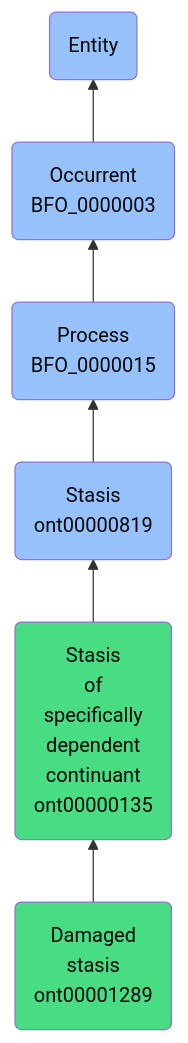
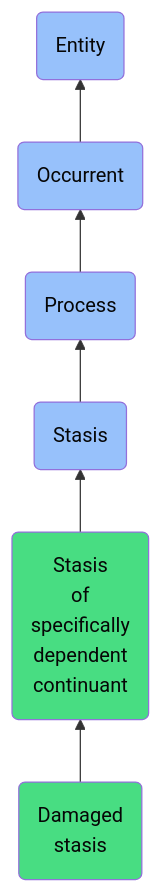
One commit to jupyter-naas/abi changed the diagram in docs/ontology/reference/model/Entity/Occurrent/Process/Stasis/Stasis of specifically dependent continuant/Damaged stasis/Damaged stasis.md. Above: the diagram before and after it, drawn with Mermaid. The commit also changed other lines of this file and 1430 other files, not shown here.

````diff
--- a/docs/ontology/reference/model/Entity/Occurrent/Process/Stasis/Stasis of specifically dependent continuant/Damaged stasis/Damaged stasis.md
+++ b/docs/ontology/reference/model/Entity/Occurrent/Process/Stasis/Stasis of specifically dependent continuant/Damaged stasis/Damaged stasis.md
@@ -26,13 +26,13 @@
 ```mermaid
 graph BT
-    ont00001289(Damaged<br>stasis<br>ont00001289):::ABI-->ont00000135
-    ont00000135(Stasis<br>of<br>specifically<br>dependent<br>continuant<br>ont00000135):::ABI-->ont00000819
-    ont00000819(Stasis<br>ont00000819):::BFO-->BFO_0000015
-    BFO_0000015(Process<br>BFO_0000015):::BFO-->BFO_0000003
-    BFO_0000003(Occurrent<br>BFO_0000003):::BFO-->BFO_0000001
+    ont00001289(Damaged<br>stasis):::ABI-->ont00000135
+    ont00000135(Stasis<br>of<br>specifically<br>dependent<br>continuant):::ABI-->ont00000819
+    ont00000819(Stasis):::BFO-->BFO_0000015
+    BFO_0000015(Process):::BFO-->BFO_0000003
+    BFO_0000003(Occurrent):::BFO-->BFO_0000001
     BFO_0000001(Entity):::BFO
     
     classDef BFO fill:#97c1fb,color:#060606
     classDef CCO fill:#e4c51e,color:#060606
     classDef ABI fill:#48DD82,color:#060606
 ```
````
